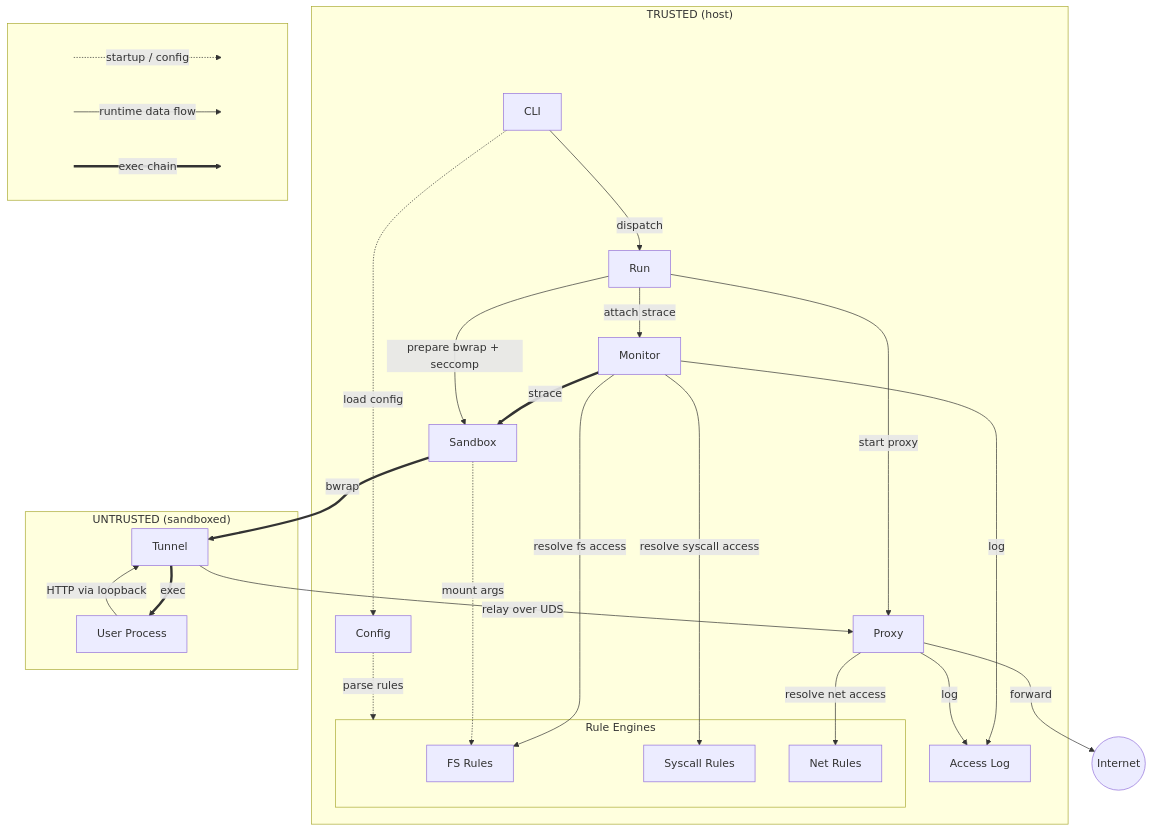
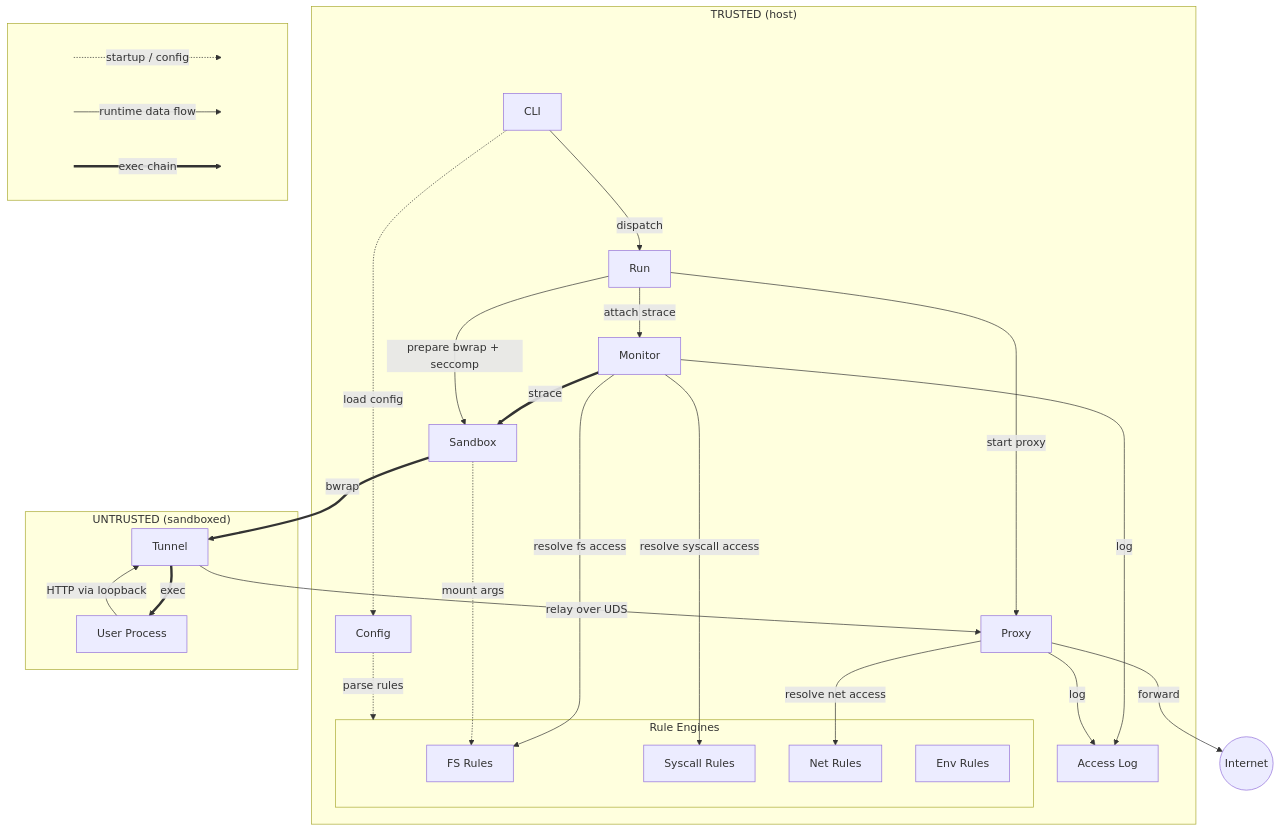
Before and after one commit to nonpop/execave: the diagram in docs/architecture.md, drawn with Mermaid. The commit also changed other lines of this file and 33 other files, not shown here.

````diff
--- a/docs/architecture.md
+++ b/docs/architecture.md
@@ -5,71 +5,72 @@
 ```mermaid
 flowchart TB
     subgraph Trusted["TRUSTED (host)"]
         CLI[CLI]
         Config[Config]
         Run[Run]
         Sandbox[Sandbox]
         Monitor[Monitor]
         Proxy[Proxy]
 
         subgraph Rules["Rule Engines"]
             FSRules[FS Rules]
             SyscallRules[Syscall Rules]
             NetRules[Net Rules]
+            EnvRules[Env Rules]
         end
 
         AccessLog[Access Log]
     end
 
     subgraph Untrusted["UNTRUSTED (sandboxed)"]
         Tunnel[Tunnel]
         Process[User Process]
     end
 
     Internet((Internet))
 
     %% Startup
     CLI -.->|load config| Config
     Config -.->|parse rules| Rules
     CLI -->|dispatch| Run
 
     %% Exec chain
     Monitor ==>|strace| Sandbox
     Sandbox ==>|bwrap| Tunnel
     Tunnel ==>|exec| Process
 
     %% Orchestration
     Run -->|prepare bwrap + seccomp| Sandbox
     Run -->|attach strace| Monitor
     Run -->|start proxy| Proxy
 
     %% Monitoring
     Monitor -->|resolve fs access| FSRules
     Monitor -->|resolve syscall access| SyscallRules
     Sandbox -.->|mount args| FSRules
 
     %% Network path
     Process -->|HTTP via loopback| Tunnel
     Tunnel -->|relay over UDS| Proxy
     Proxy -->|resolve net access| NetRules
     Proxy -->|forward| Internet
 
     %% Logging
     Monitor -->|log| AccessLog
     Proxy -->|log| AccessLog
 
     %% Legend
     subgraph Legend[" "]
         direction LR
         L1[ ] -.->|startup / config| L2[ ]
         L3[ ] -->|runtime data flow| L4[ ]
         L5[ ] ==>|exec chain| L6[ ]
     end
 
     style L1 fill:none,stroke:none
     style L2 fill:none,stroke:none
     style L3 fill:none,stroke:none
     style L4 fill:none,stroke:none
     style L5 fill:none,stroke:none
     style L6 fill:none,stroke:none
 ```
````
